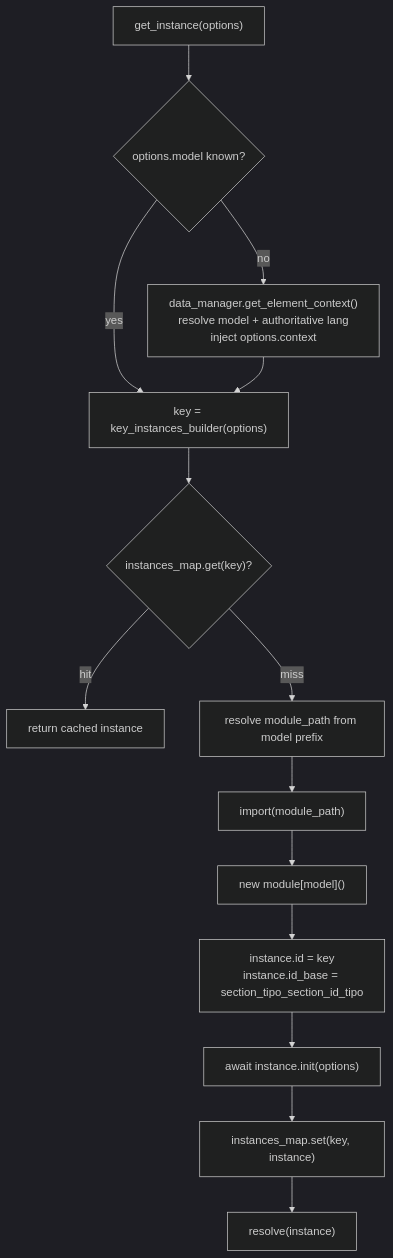
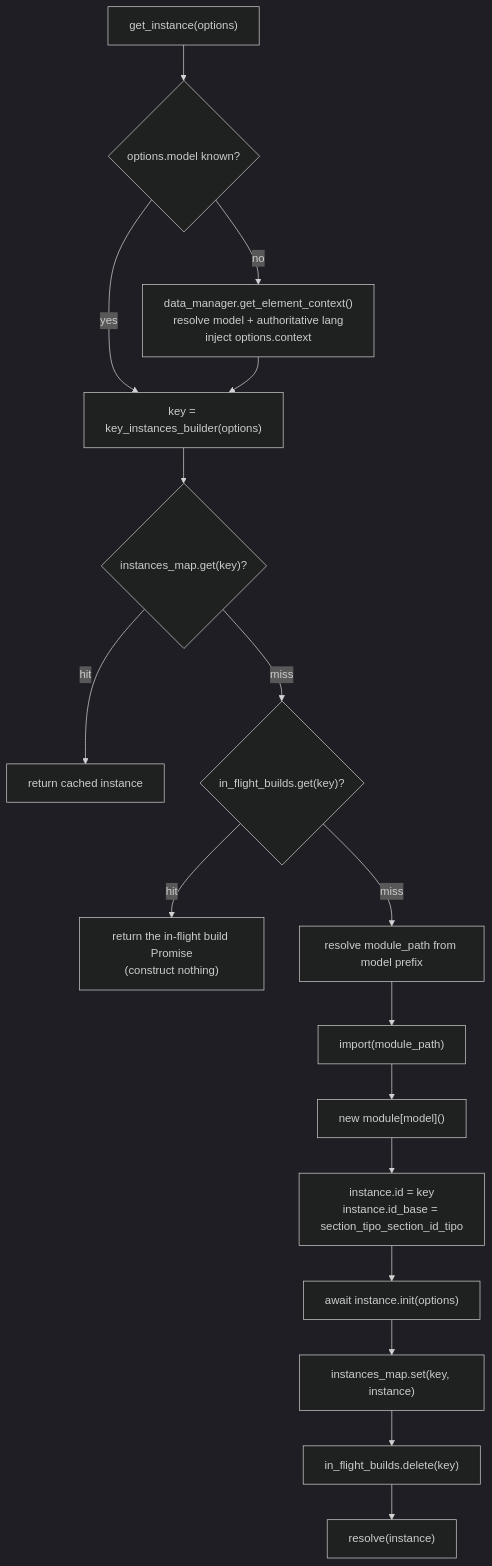
The first of 2 diagrams in docs/core/client/instances.md (renderpci/dedalo), drawn with Mermaid (dark theme) before and after one commit. The commit also changed other lines of this file and 5 other files, not shown here.

````diff
--- a/docs/core/client/instances.md
+++ b/docs/core/client/instances.md
@@ -69,16 +99,19 @@
 ```mermaid
 flowchart TD
     A["get_instance(options)"] --> B{"options.model known?"}
     B -- no --> C["data_manager.get_element_context()<br/>resolve model + authoritative lang<br/>inject options.context"]
     B -- yes --> D
     C --> D["key = key_instances_builder(options)"]
     D --> E{"instances_map.get(key)?"}
     E -- hit --> F["return cached instance"]
-    E -- miss --> G["resolve module_path from model prefix"]
+    E -- miss --> E2{"in_flight_builds.get(key)?"}
+    E2 -- hit --> F2["return the in-flight build Promise<br/>(construct nothing)"]
+    E2 -- miss --> G["resolve module_path from model prefix"]
     G --> H["import(module_path)"]
     H --> I["new module[model]()"]
     I --> J["instance.id = key<br/>instance.id_base = section_tipo_section_id_tipo"]
     J --> K["await instance.init(options)"]
     K --> L["instances_map.set(key, instance)"]
-    L --> M["resolve(instance)"]
+    L --> L2["in_flight_builds.delete(key)"]
+    L2 --> M["resolve(instance)"]
 ```
````
